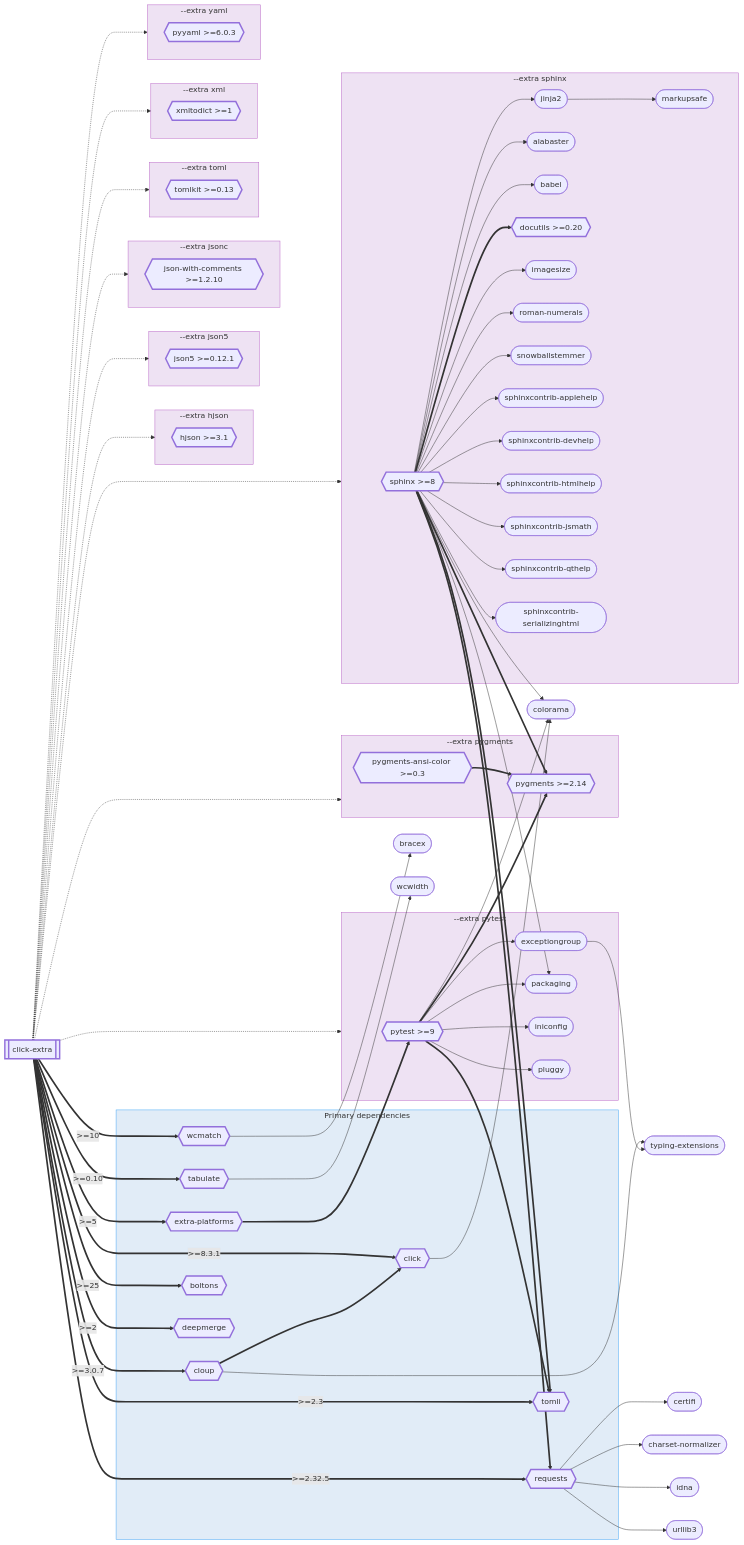
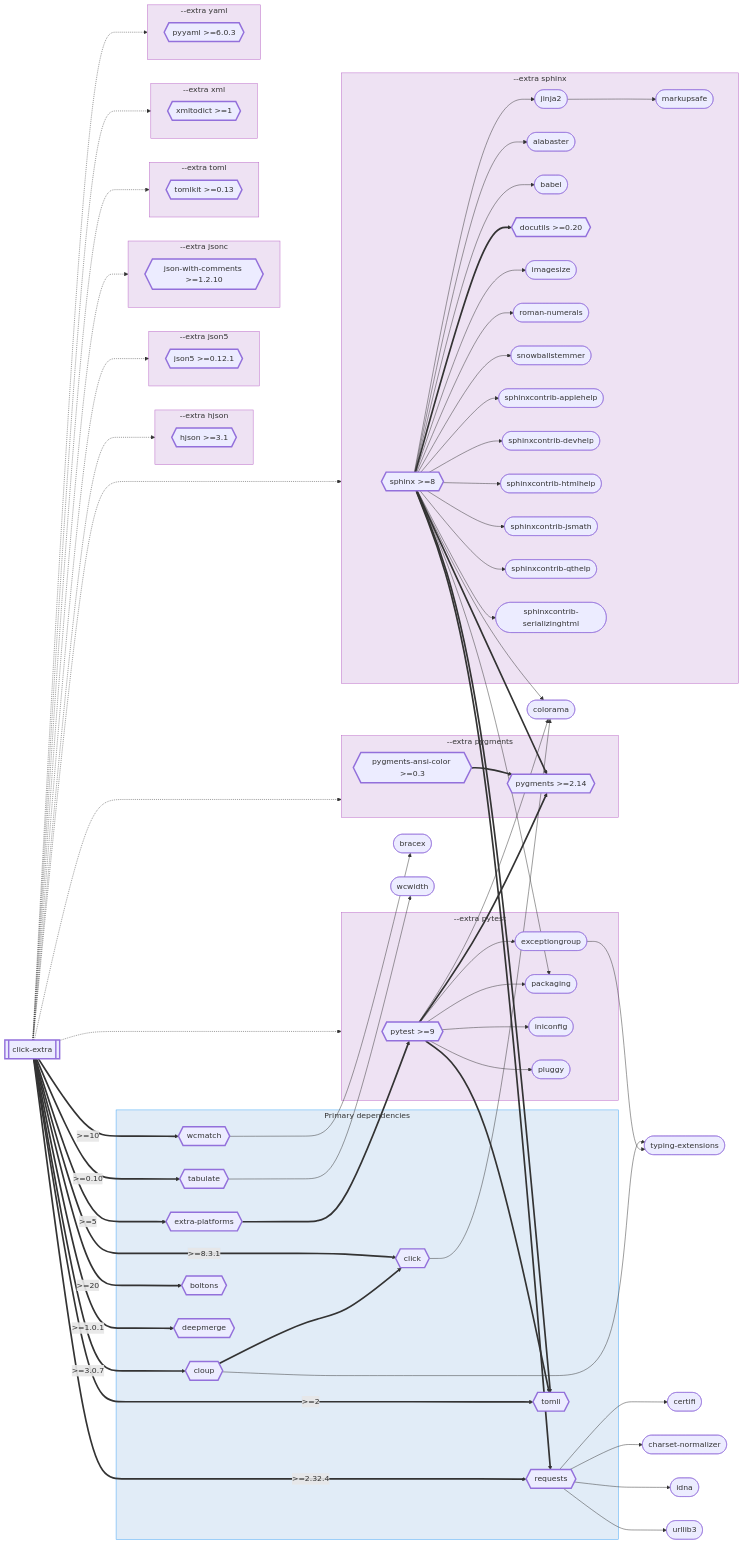
One commit to kdeldycke/click-extra changed the diagram in docs/assets/dependencies.mmd. Above: the diagram before and after it, drawn with Mermaid.

Commit message:
Regenerate dependency graph

```diff
--- a/docs/assets/dependencies.mmd
+++ b/docs/assets/dependencies.mmd
@@ -77,15 +77,15 @@
         pyyaml{{"`pyyaml >=6.0.3`"}}
     end
 
-    click_extra ==>|" >=2.32.5 "| requests
+    click_extra ==>|" >=2.32.4 "| requests
     click_extra ==>|" >=8.3.1 "| click_0
     click_extra ==>|" >=3.0.7 "| cloup
-    click_extra ==>|" >=2.3 "| tomli
+    click_extra ==>|" >=2 "| tomli
     click_extra ==>|" >=5 "| extra_platforms
     click_extra ==>|" >=0.10 "| tabulate
     click_extra ==>|" >=10 "| wcmatch
-    click_extra ==>|" >=25 "| boltons
-    click_extra ==>|" >=2 "| deepmerge
+    click_extra ==>|" >=20 "| boltons
+    click_extra ==>|" >=1.0.1 "| deepmerge
     sphinx ==> requests
     sphinx ==> pygments
     sphinx --> colorama
```
